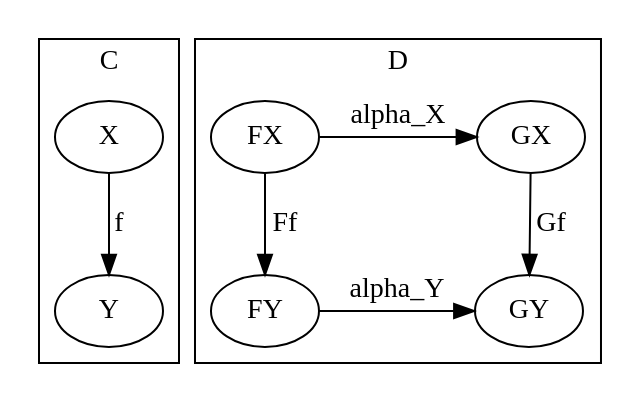
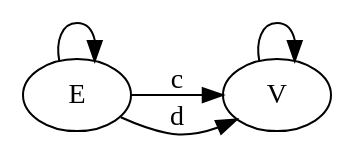
The diagram in study/category/img/2.dot (yugeta/cympfh.github.io), drawn with Graphviz before and after one commit. The commit also changed 44 other files, not shown here.

```diff
--- a/study/category/img/2.dot
+++ b/study/category/img/2.dot
@@ -1,18 +1,8 @@
-digraph NT {
-  subgraph cluster_0 {
-    label = "C";
-    X -> Y [label =" f"];
-  }
-
-  subgraph cluster_1 {
-    label = "D";
-    FX -> FY [label =" Ff"];
-    GX -> GY [label =" Gf"];
-
-    FX -> GX [label =" alpha_X"];
-    FY -> GY [label =" alpha_Y"];
-
-    {rank=same; FX GX}
-    {rank=same; FY GY}
-  }
+digraph C {
+  E; V;
+  E -> E;
+  V -> V;
+  E -> V [label = "c"];
+  E -> V [label = "d"];
+  rankdir="LR";
 }
```
